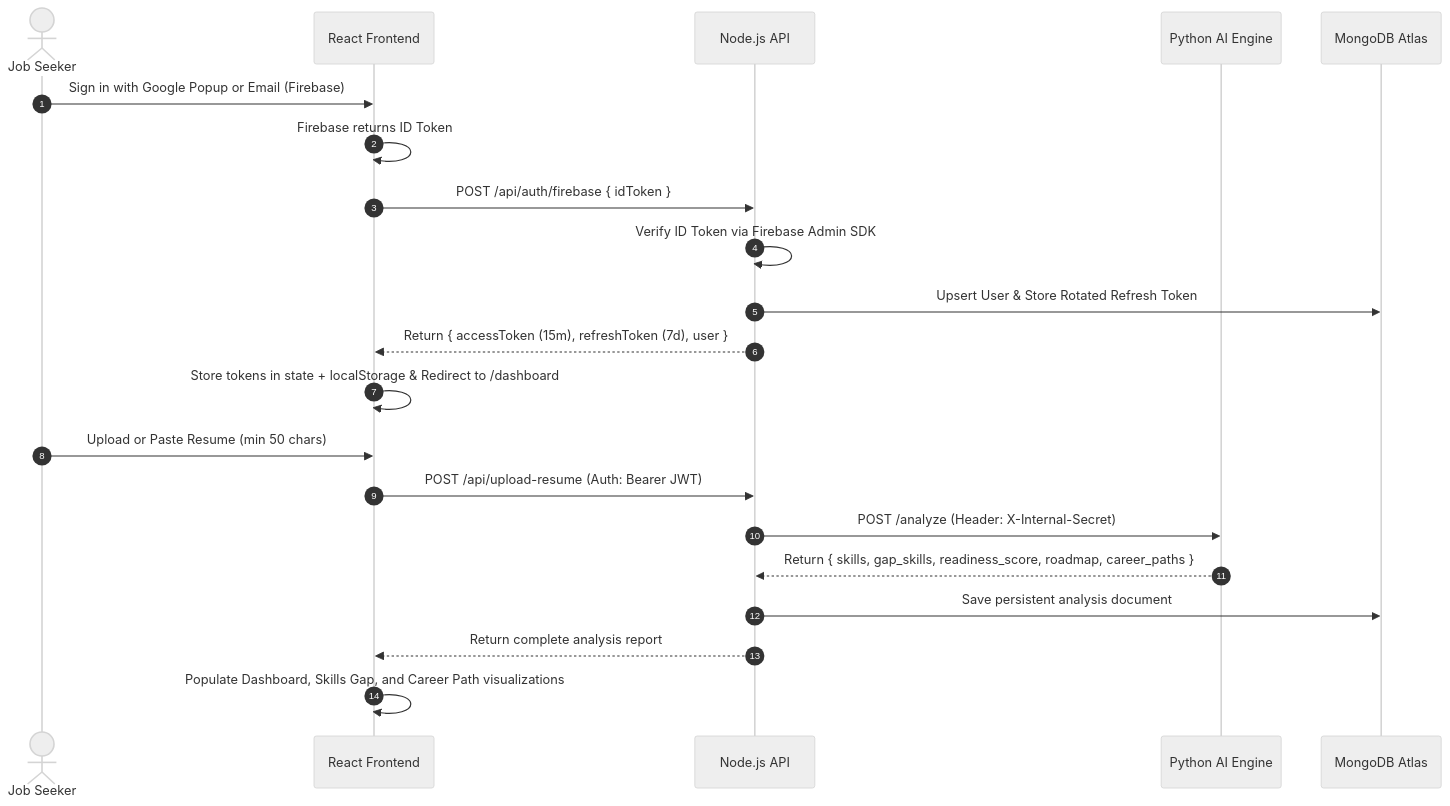
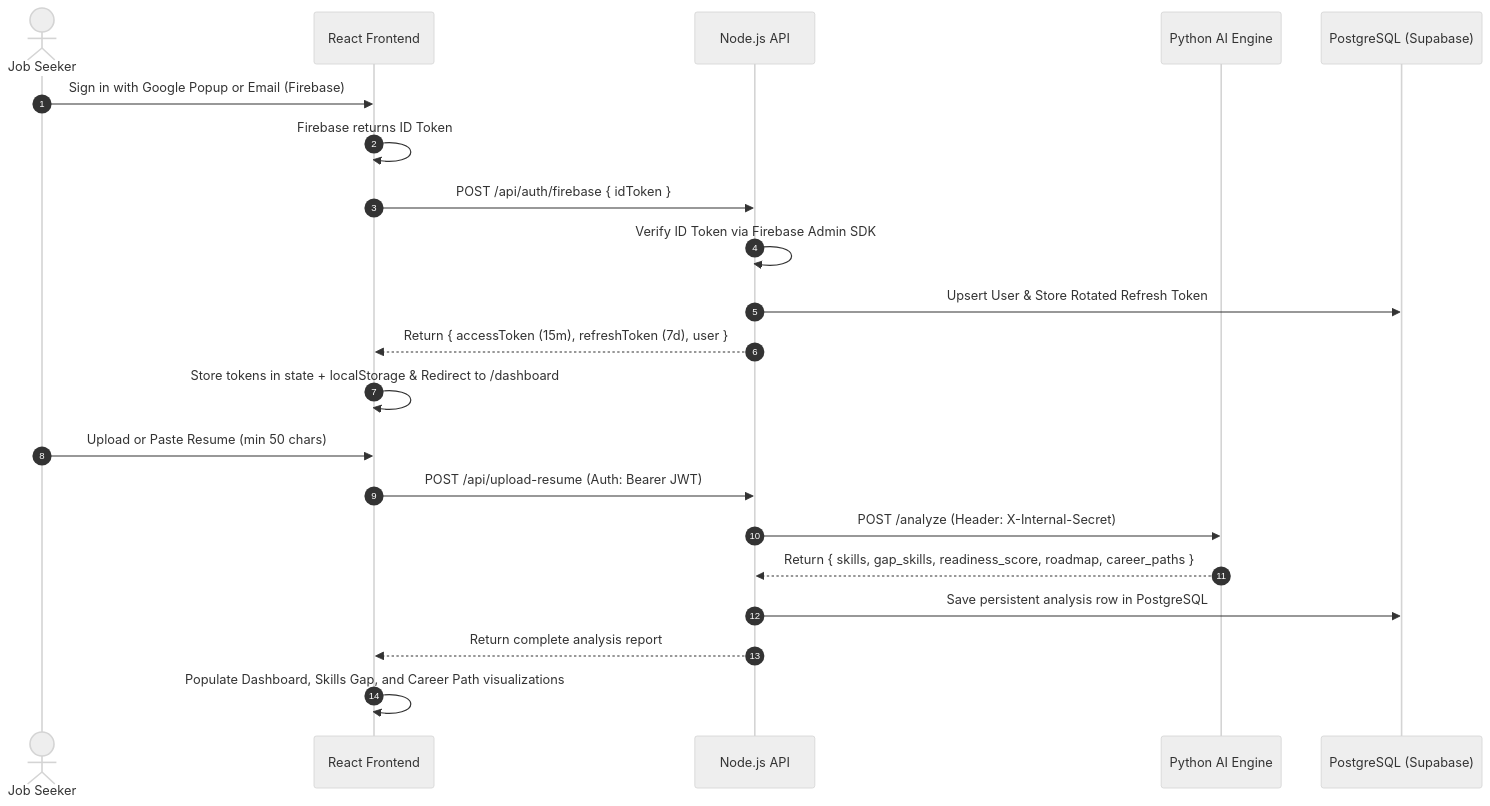
One commit to kirtan597/Futrix-Ai changed the second of 2 diagrams in README.md. Above: the diagram before and after it, drawn with Mermaid (neutral theme). The commit also changed other lines of this file and 18 other files, not shown here.

Commit message:
feat: complete database migration to Supabase PostgreSQL, monochrome ATS & history visual upgrade

````diff
--- a/README.md
+++ b/README.md
@@ -104,27 +104,27 @@
 ```mermaid
 sequenceDiagram
     autonumber
     actor User as Job Seeker
     participant SPA as React Frontend
     participant API as Node.js API
     participant AI as Python AI Engine
-    participant DB as MongoDB Atlas
+    participant DB as PostgreSQL (Supabase)
 
     %% Auth Flow
     User->>SPA: Sign in with Google Popup or Email (Firebase)
     SPA->>SPA: Firebase returns ID Token
     SPA->>API: POST /api/auth/firebase { idToken }
     API->>API: Verify ID Token via Firebase Admin SDK
     API->>DB: Upsert User & Store Rotated Refresh Token
     API-->>SPA: Return { accessToken (15m), refreshToken (7d), user }
     SPA->>SPA: Store tokens in state + localStorage & Redirect to /dashboard
 
     %% Resume Analysis Flow
     User->>SPA: Upload or Paste Resume (min 50 chars)
     SPA->>API: POST /api/upload-resume (Auth: Bearer JWT)
     API->>AI: POST /analyze (Header: X-Internal-Secret)
     AI-->>API: Return { skills, gap_skills, readiness_score, roadmap, career_paths }
-    API->>DB: Save persistent analysis document
+    API->>DB: Save persistent analysis row in PostgreSQL
     API-->>SPA: Return complete analysis report
     SPA->>SPA: Populate Dashboard, Skills Gap, and Career Path visualizations
 ```
````
